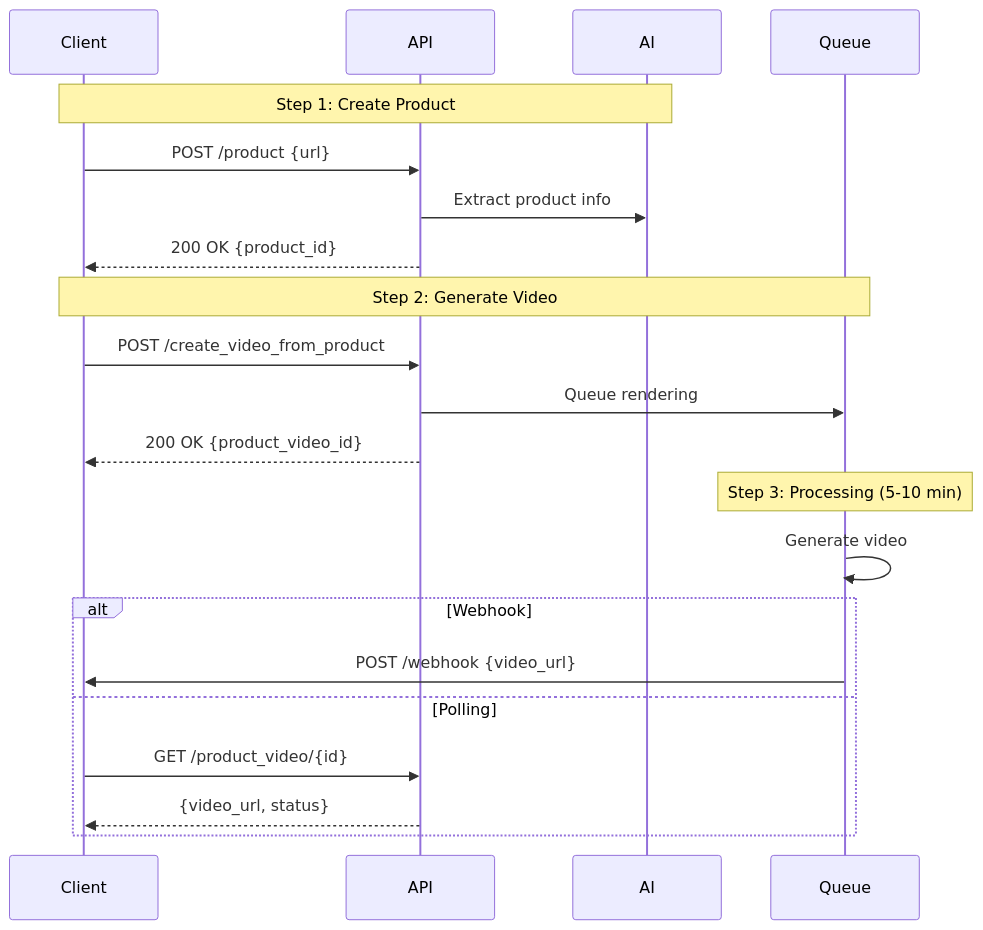
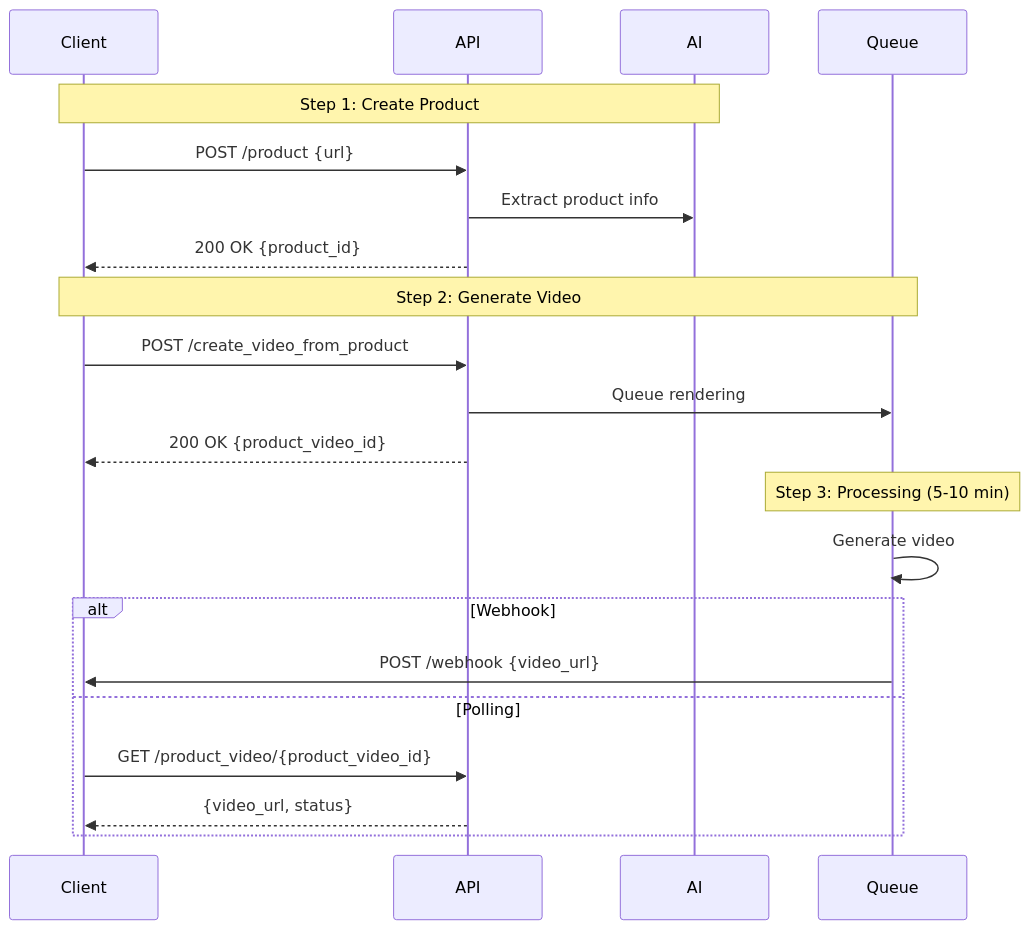
The diagram in api-reference/v2/API Documentation/URLtoVideo.mdx (JoggAI-Tech/docs), drawn with Mermaid before and after one commit. The commit also changed other lines of this file and 64 other files, not shown here.

````diff
--- a/api-reference/v2/API Documentation/URLtoVideo.mdx
+++ b/api-reference/v2/API Documentation/URLtoVideo.mdx
@@ -45,27 +45,27 @@
 ```mermaid
 sequenceDiagram
     participant Client
     participant API
     participant AI
     participant Queue
     
     Note over Client,AI: Step 1: Create Product
     Client->>API: POST /product {url}
     API->>AI: Extract product info
     API-->>Client: 200 OK {product_id}
     
     Note over Client,Queue: Step 2: Generate Video
     Client->>API: POST /create_video_from_product
     API->>Queue: Queue rendering
     API-->>Client: 200 OK {product_video_id}
     
     Note over Queue: Step 3: Processing (5-10 min)
     Queue->>Queue: Generate video
     
     alt Webhook
         Queue->>Client: POST /webhook {video_url}
     else Polling
-        Client->>API: GET /product_video/{id}
+        Client->>API: GET /product_video/{product_video_id}
         API-->>Client: {video_url, status}
     end
 ```
````
